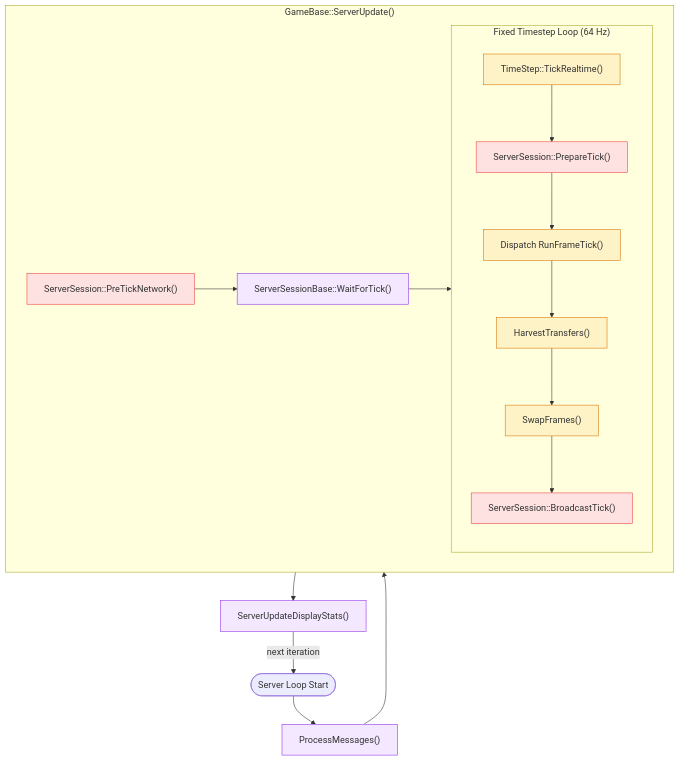
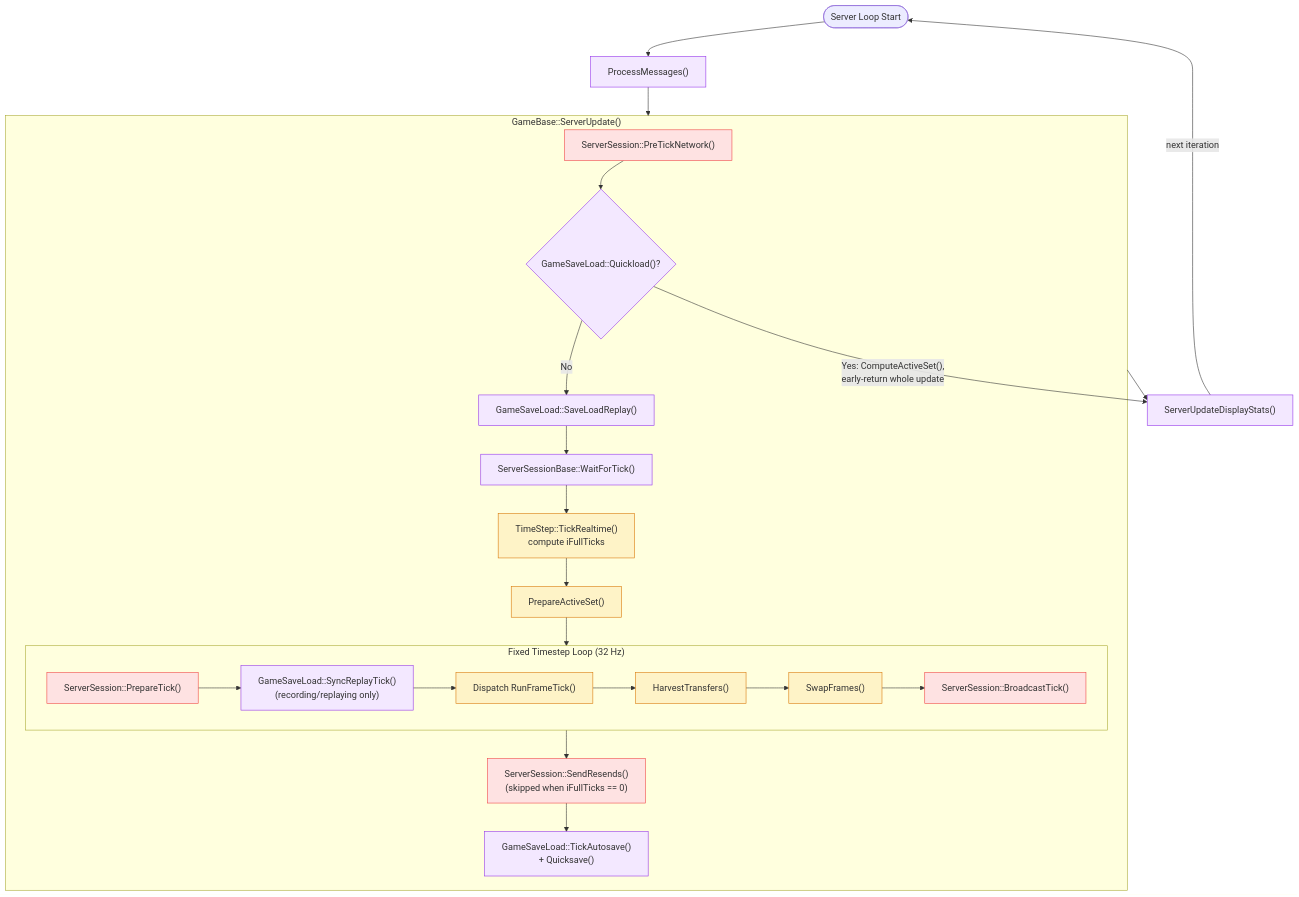
The third of 5 diagrams in Documents/Architecture/FrameUpdatePipeline.md (DougTanner/BrokenEnginePublic), drawn with Mermaid before and after one commit. The commit also changed other lines of this file and 166 other files, not shown here.

````diff
--- a/Documents/Architecture/FrameUpdatePipeline.md
+++ b/Documents/Architecture/FrameUpdatePipeline.md
@@ -102,35 +102,47 @@
 ```mermaid
 %%{init: {'theme': 'default'}}%%
 flowchart TD
     classDef physics fill:#fef3c7,stroke:#d97706
     classDef network fill:#fee2e2,stroke:#ef4444
     classDef server fill:#f3e8ff,stroke:#9333ea
 
     start(["Server Loop Start"])
 
     msgs["ProcessMessages()"]:::server
 
     subgraph tick_frames ["GameBase::ServerUpdate()"]
         pre_tick["ServerSession::PreTickNetwork()"]:::network
 
+        quickload{"GameSaveLoad::Quickload()?"}:::server
+        save_load_replay["GameSaveLoad::SaveLoadReplay()"]:::server
+
         wait_tick["ServerSessionBase::WaitForTick()"]:::server
 
-        subgraph physics_loop ["Fixed Timestep Loop (64 Hz)"]
-            ts["TimeStep::TickRealtime()"]:::physics
+        ts["TimeStep::TickRealtime()<br/>compute iFullTicks"]:::physics
+        prepare_active["PrepareActiveSet()"]:::physics
+
+        subgraph physics_loop ["Fixed Timestep Loop (32 Hz)"]
             prepare_tick["ServerSession::PrepareTick()"]:::network
+            sync_replay["GameSaveLoad::SyncReplayTick()<br/>(recording/replaying only)"]:::server
             dispatch_s["Dispatch RunFrameTick()"]:::physics
             harvest["HarvestTransfers()"]:::physics
             frame_swap["SwapFrames()"]:::physics
             broadcast_tick["ServerSession::BroadcastTick()"]:::network
-            ts --> prepare_tick --> dispatch_s --> harvest --> frame_swap
+            prepare_tick --> sync_replay --> dispatch_s --> harvest --> frame_swap
             frame_swap --> broadcast_tick
         end
 
-        pre_tick --> wait_tick --> physics_loop
+        resends["ServerSession::SendResends()<br/>(skipped when iFullTicks == 0)"]:::network
+        autosave["GameSaveLoad::TickAutosave()<br/>+ Quicksave()"]:::server
+
+        pre_tick --> quickload
+        quickload -->|No| save_load_replay --> wait_tick --> ts --> prepare_active --> physics_loop
+        physics_loop --> resends --> autosave
     end
 
     display["ServerUpdateDisplayStats()"]:::server
 
     start --> msgs --> tick_frames --> display
+    quickload -->|"Yes: ComputeActiveSet(),<br/>early-return whole update"| display
     display -->|next iteration| start
 ```
````
